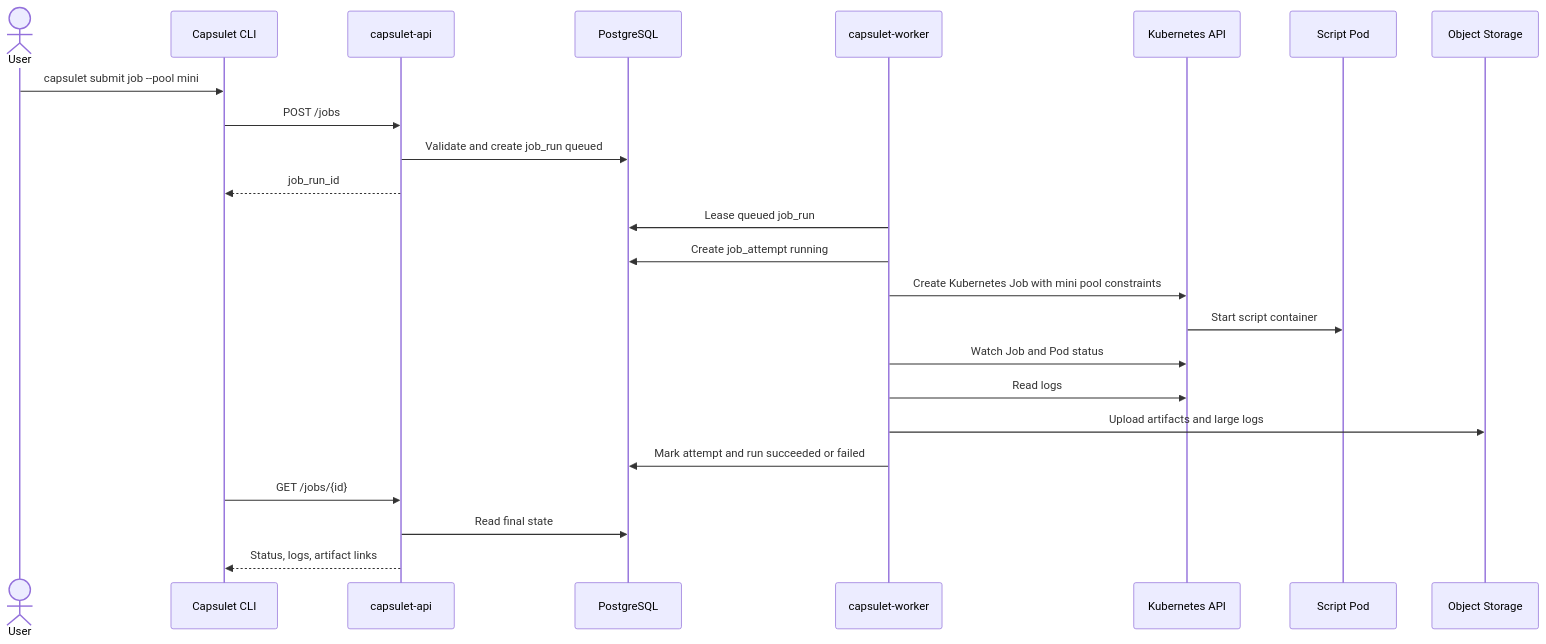
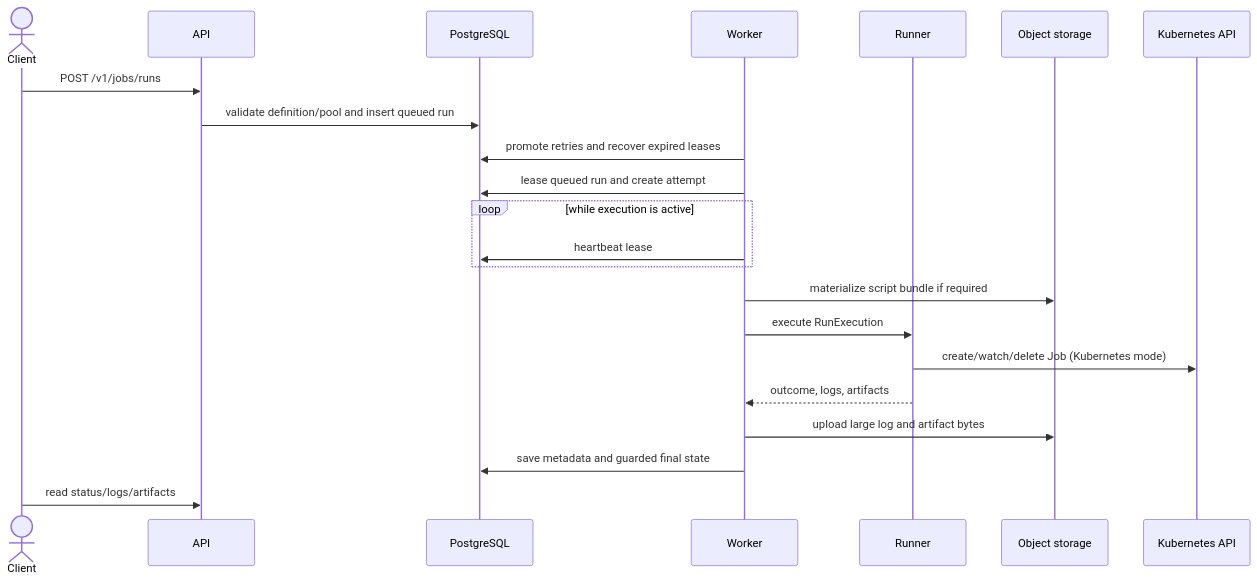
The fourth of 6 diagrams in ARCHITECTURE.md (mohripan/capsulet), drawn with Mermaid before and after one commit. The commit also changed other lines of this file and 13 other files, not shown here.

````diff
--- a/ARCHITECTURE.md
+++ b/ARCHITECTURE.md
@@ -487,27 +160,25 @@
 ```mermaid
 sequenceDiagram
-    actor User
-    participant CLI as Capsulet CLI
-    participant API as capsulet-api
+    actor Client
+    participant API
     participant DB as PostgreSQL
-    participant Worker as capsulet-worker
+    participant Worker
+    participant Runner
+    participant Store as Object storage
     participant Kube as Kubernetes API
-    participant Pod as Script Pod
-    participant S3 as Object Storage
 
-    User->>CLI: capsulet submit job --pool mini
-    CLI->>API: POST /jobs
-    API->>DB: Validate and create job_run queued
-    API-->>CLI: job_run_id
-    Worker->>DB: Lease queued job_run
-    Worker->>DB: Create job_attempt running
-    Worker->>Kube: Create Kubernetes Job with mini pool constraints
-    Kube->>Pod: Start script container
-    Worker->>Kube: Watch Job and Pod status
-    Worker->>Kube: Read logs
-    Worker->>S3: Upload artifacts and large logs
-    Worker->>DB: Mark attempt and run succeeded or failed
-    CLI->>API: GET /jobs/{id}
-    API->>DB: Read final state
-    API-->>CLI: Status, logs, artifact links
+    Client->>API: POST /v1/jobs/runs
+    API->>DB: validate definition/pool and insert queued run
+    Worker->>DB: promote retries and recover expired leases
+    Worker->>DB: lease queued run and create attempt
+    loop while execution is active
+        Worker->>DB: heartbeat lease
+    end
+    Worker->>Store: materialize script bundle if required
+    Worker->>Runner: execute RunExecution
+    Runner->>Kube: create/watch/delete Job (Kubernetes mode)
+    Runner-->>Worker: outcome, logs, artifacts
+    Worker->>Store: upload large log and artifact bytes
+    Worker->>DB: save metadata and guarded final state
+    Client->>API: read status/logs/artifacts
 ```
````
